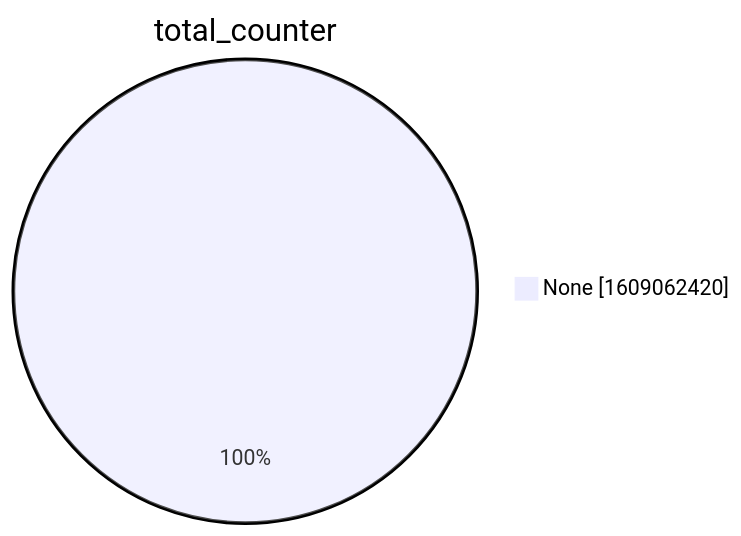
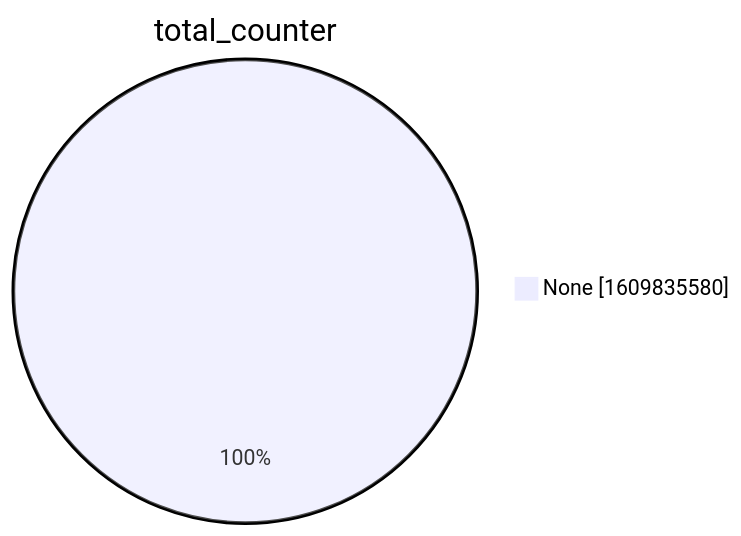
The second of 15 diagrams in xenon2022/README.md (christiankrug/ctmonitor_visualization), drawn with Mermaid before and after one commit. The commit also changed other lines of this file, not shown here.

````diff
--- a/xenon2022/README.md
+++ b/xenon2022/README.md
@@ -9,5 +9,5 @@
 ```mermaid
 pie showData
 title total_counter
-"None" :1609062420
+"None" :1609835580
 ```
````
